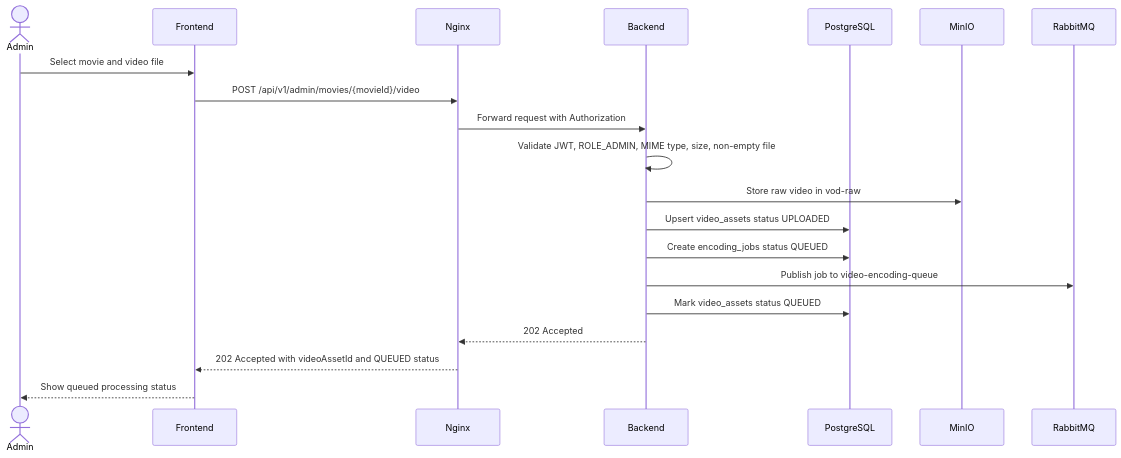
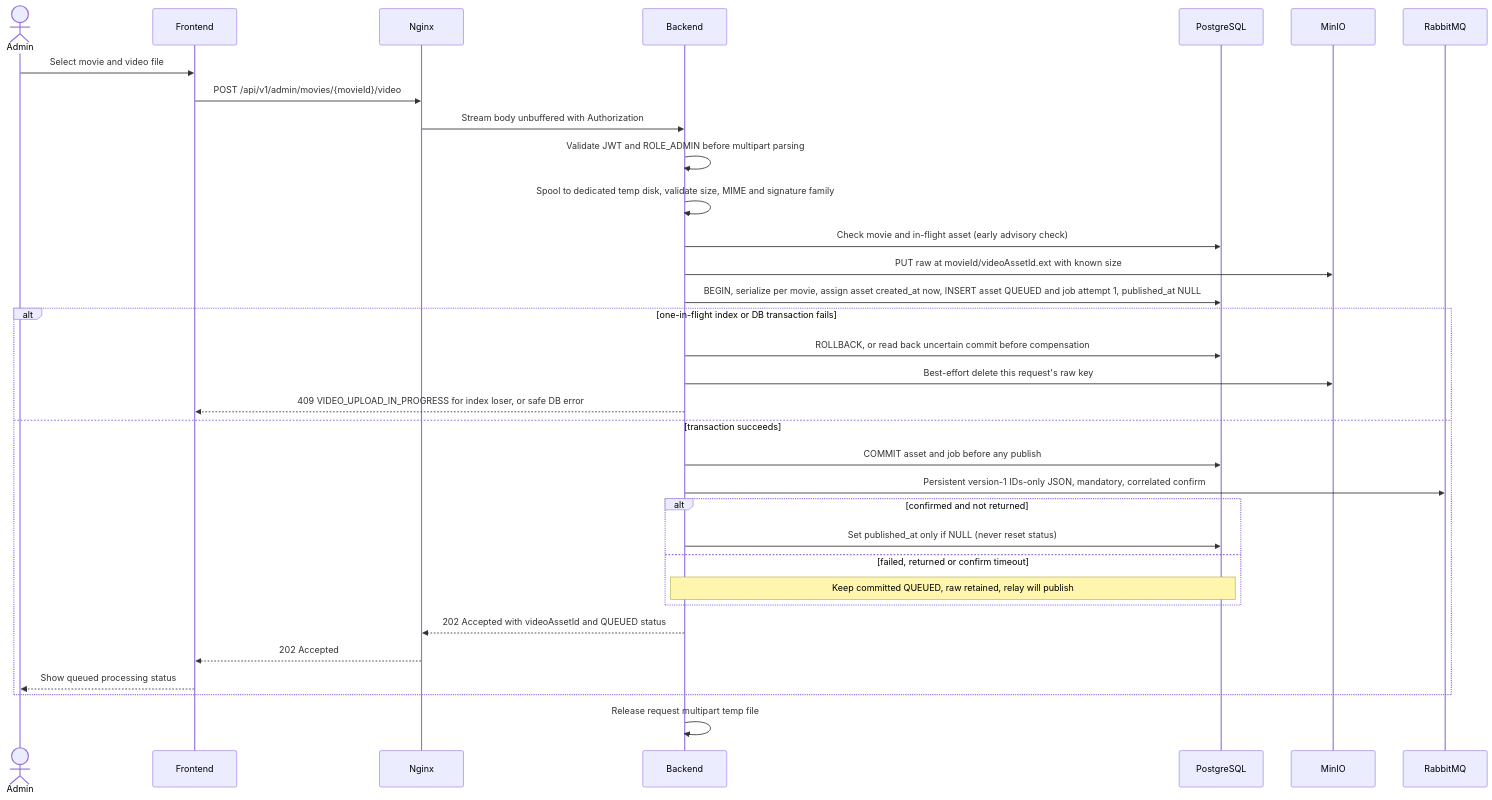
Before and after one commit to Duyphanb/Self-hosted-VoD-Platform: the first of 9 diagrams in docs/architecture/SEQUENCE-DIAGRAMS.md, drawn with Mermaid. The commit also changed other lines of this file and 21 other files, not shown here.

````diff
--- a/docs/architecture/SEQUENCE-DIAGRAMS.md
+++ b/docs/architecture/SEQUENCE-DIAGRAMS.md
@@ -9,23 +9,36 @@
 ```mermaid
 sequenceDiagram
     actor Admin
     participant Frontend
     participant Nginx
     participant Backend
     participant PostgreSQL
     participant MinIO
     participant RabbitMQ
 
     Admin->>Frontend: Select movie and video file
     Frontend->>Nginx: POST /api/v1/admin/movies/{movieId}/video
-    Nginx->>Backend: Forward request with Authorization
-    Backend->>Backend: Validate JWT, ROLE_ADMIN, MIME type, size, non-empty file
-    Backend->>MinIO: Store raw video in vod-raw
-    Backend->>PostgreSQL: Upsert video_assets status UPLOADED
-    Backend->>PostgreSQL: Create encoding_jobs status QUEUED
-    Backend->>RabbitMQ: Publish job to video-encoding-queue
-    Backend->>PostgreSQL: Mark video_assets status QUEUED
-    Backend-->>Nginx: 202 Accepted
-    Nginx-->>Frontend: 202 Accepted with videoAssetId and QUEUED status
-    Frontend-->>Admin: Show queued processing status
+    Nginx->>Backend: Stream body unbuffered with Authorization
+    Backend->>Backend: Validate JWT and ROLE_ADMIN before multipart parsing
+    Backend->>Backend: Spool to dedicated temp disk, validate size, MIME and signature family
+    Backend->>PostgreSQL: Check movie and in-flight asset (early advisory check)
+    Backend->>MinIO: PUT raw at movieId/videoAssetId.ext with known size
+    Backend->>PostgreSQL: BEGIN, serialize per movie, assign asset created_at now, INSERT asset QUEUED and job attempt 1, published_at NULL
+    alt one-in-flight index or DB transaction fails
+        Backend->>PostgreSQL: ROLLBACK, or read back uncertain commit before compensation
+        Backend->>MinIO: Best-effort delete this request's raw key
+        Backend-->>Frontend: 409 VIDEO_UPLOAD_IN_PROGRESS for index loser, or safe DB error
+    else transaction succeeds
+        Backend->>PostgreSQL: COMMIT asset and job before any publish
+        Backend->>RabbitMQ: Persistent version-1 IDs-only JSON, mandatory, correlated confirm
+        alt confirmed and not returned
+            Backend->>PostgreSQL: Set published_at only if NULL (never reset status)
+        else failed, returned or confirm timeout
+            Note over Backend,PostgreSQL: Keep committed QUEUED, raw retained, relay will publish
+        end
+        Backend-->>Nginx: 202 Accepted with videoAssetId and QUEUED status
+        Nginx-->>Frontend: 202 Accepted
+        Frontend-->>Admin: Show queued processing status
+    end
+    Backend->>Backend: Release request multipart temp file
 ```
````
